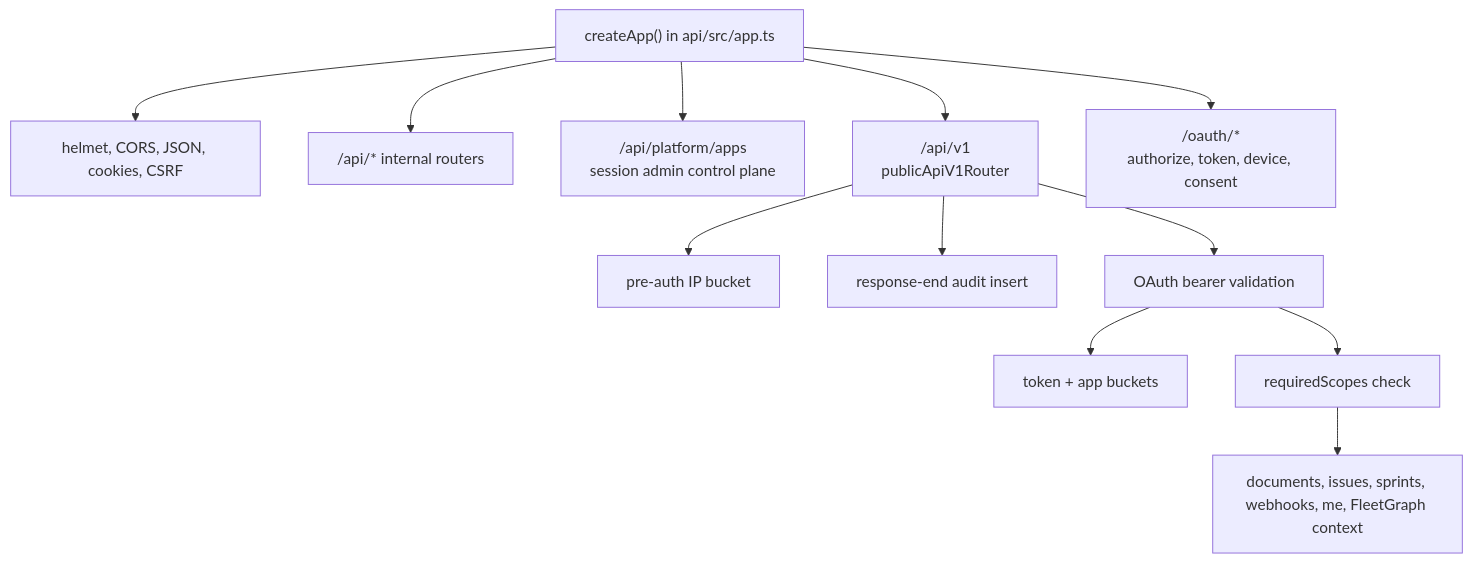
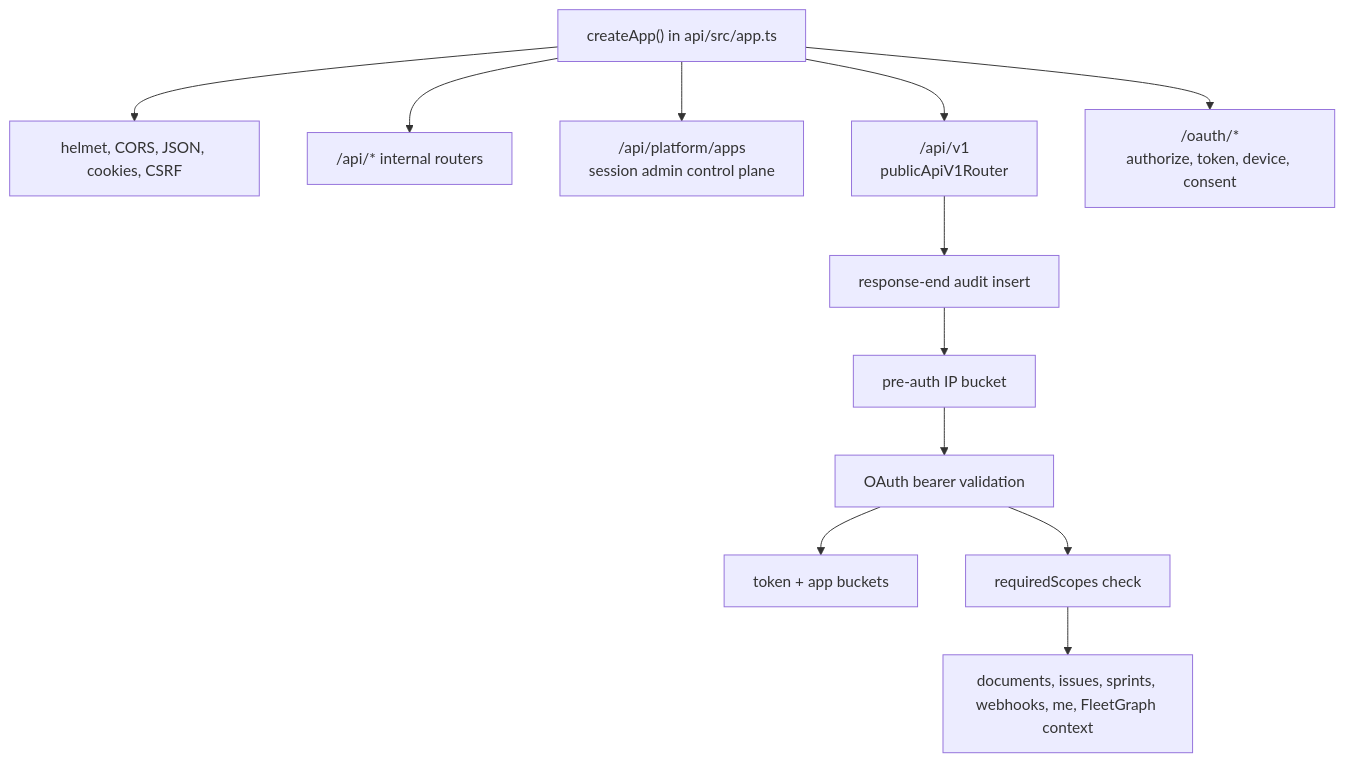
The second of 7 diagrams in docs/architecture.md (MichaelHabermas/ship-shape), drawn with Mermaid before and after one commit. The commit also changed other lines of this file and 5 other files, not shown here.

````diff
--- a/docs/architecture.md
+++ b/docs/architecture.md
@@ -64,15 +64,15 @@
 ```mermaid
 flowchart TB
   App["createApp() in api/src/app.ts"]
   App --> Security["helmet, CORS, JSON, cookies, CSRF"]
   App --> Internal["/api/* internal routers"]
   App --> Apps["/api/platform/apps\nsession admin control plane"]
   App --> Public["/api/v1\npublicApiV1Router"]
   App --> OAuth["/oauth/*\nauthorize, token, device, consent"]
-  Public --> PreRate["pre-auth IP bucket"]
   Public --> Audit["response-end audit insert"]
-  Public --> Bearer["OAuth bearer validation"]
+  Audit --> PreRate["pre-auth IP bucket"]
+  PreRate --> Bearer["OAuth bearer validation"]
   Bearer --> TokenRate["token + app buckets"]
   Bearer --> Scope["requiredScopes check"]
   Scope --> Resources["documents, issues, sprints, webhooks, me, FleetGraph context"]
 ```
````
